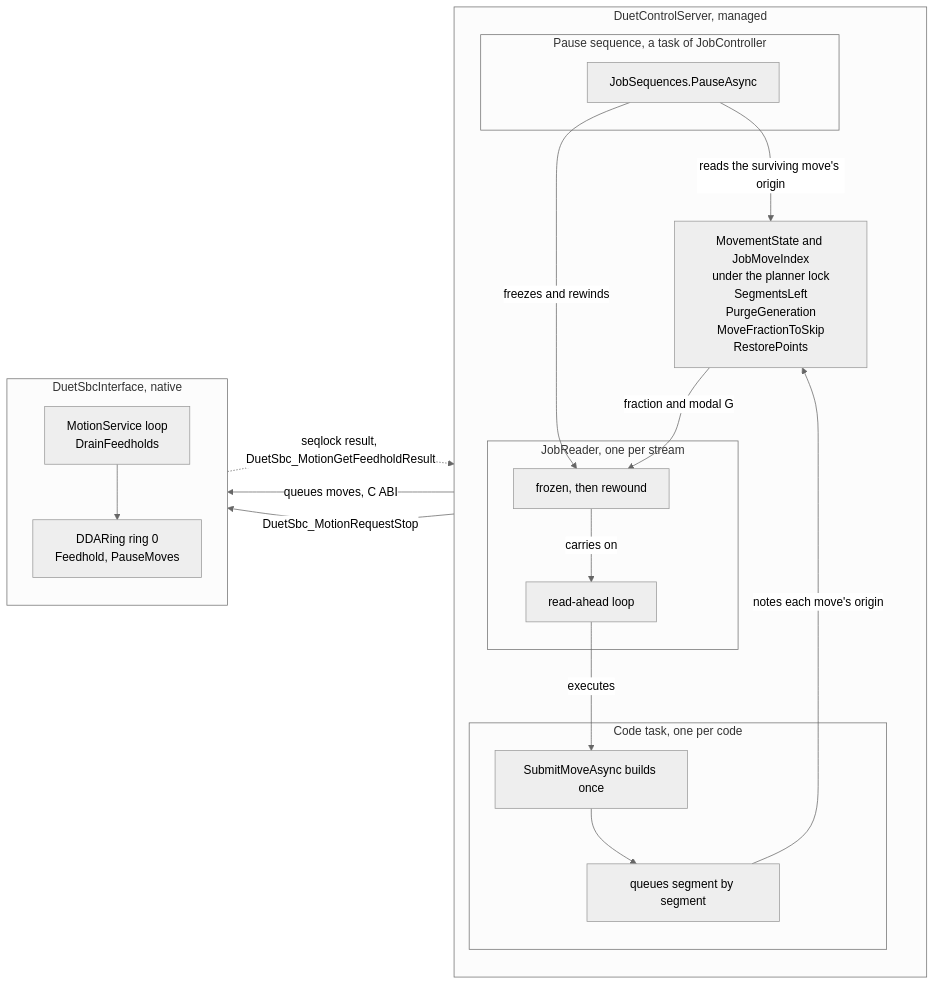
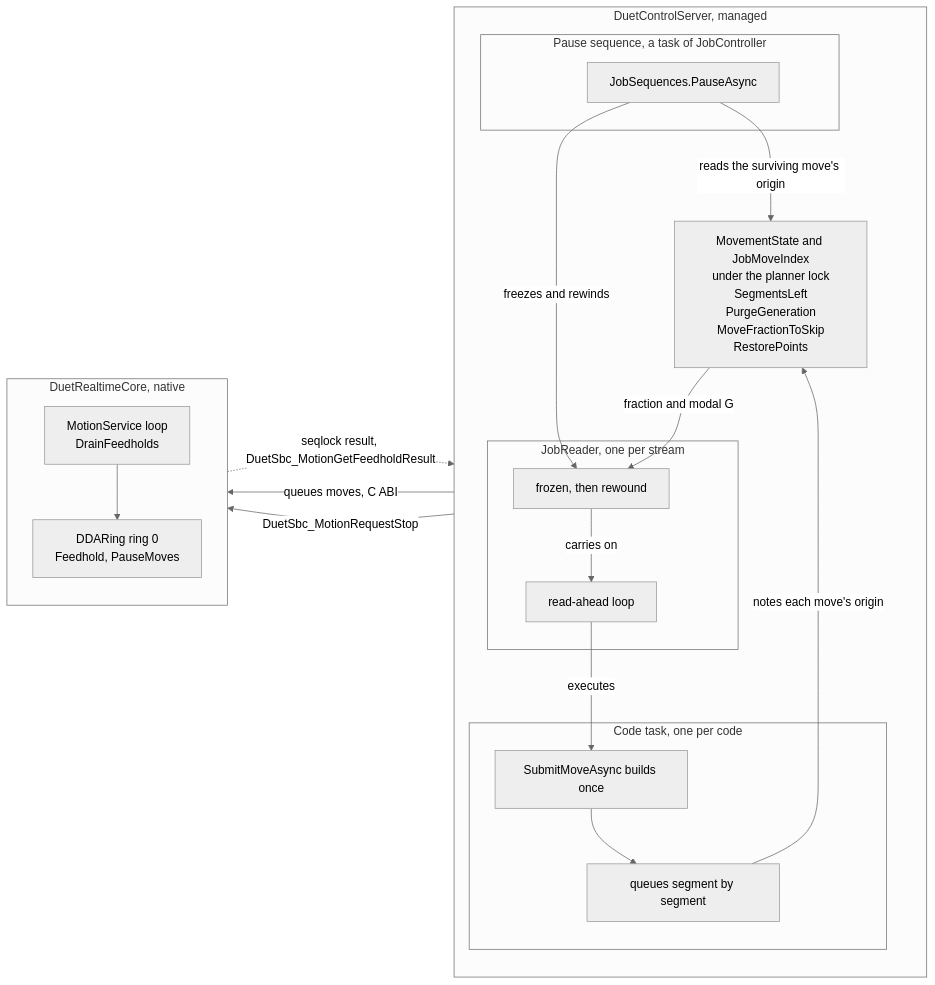
The first of 5 diagrams in src/Documentation/articles/pause-and-resume.md (Duet3D/DuetSoftwareFramework), drawn with Mermaid (neutral theme) before and after one commit. The commit also changed other lines of this file and 154 other files, not shown here.

First line of the commit message:
refactor: rename DuetSbcInterface to DuetRealtimeCore

````diff
--- a/src/Documentation/articles/pause-and-resume.md
+++ b/src/Documentation/articles/pause-and-resume.md
@@ -31,35 +31,35 @@
 ```mermaid
 flowchart LR
     subgraph DCS["DuetControlServer, managed"]
         direction TB
         subgraph JOB["JobReader, one per stream"]
             J1["read-ahead loop"]
             J2["frozen, then rewound"]
         end
         subgraph CODE["Code task, one per code"]
             C1["SubmitMoveAsync builds once"]
             C2["queues segment by segment"]
         end
         subgraph PAUSE["Pause sequence, a task of JobController"]
             P1["JobSequences.PauseAsync"]
         end
         ST["MovementState and JobMoveIndex<br/>under the planner lock<br/>SegmentsLeft<br/>PurgeGeneration<br/>MoveFractionToSkip<br/>RestorePoints"]
     end
-    subgraph SBCI["DuetSbcInterface, native"]
+    subgraph SBCI["DuetRealtimeCore, native"]
         direction TB
         N1["MotionService loop<br/>DrainFeedholds"]
         N2["DDARing ring 0<br/>Feedhold, PauseMoves"]
     end
 
     J1 -- executes --> C1
     C1 --> C2
     C2 -- notes each move's origin --> ST
     C2 -- queues moves, C ABI --> N2
     P1 -- DuetSbc_MotionRequestStop --> N1
     N1 --> N2
     N2 -. seqlock result, DuetSbc_MotionGetFeedholdResult .-> P1
     P1 -- reads the surviving move's origin --> ST
     P1 -- freezes and rewinds --> J2
     ST -- fraction and modal G --> J2
     J2 -- carries on --> J1
 ```
````
